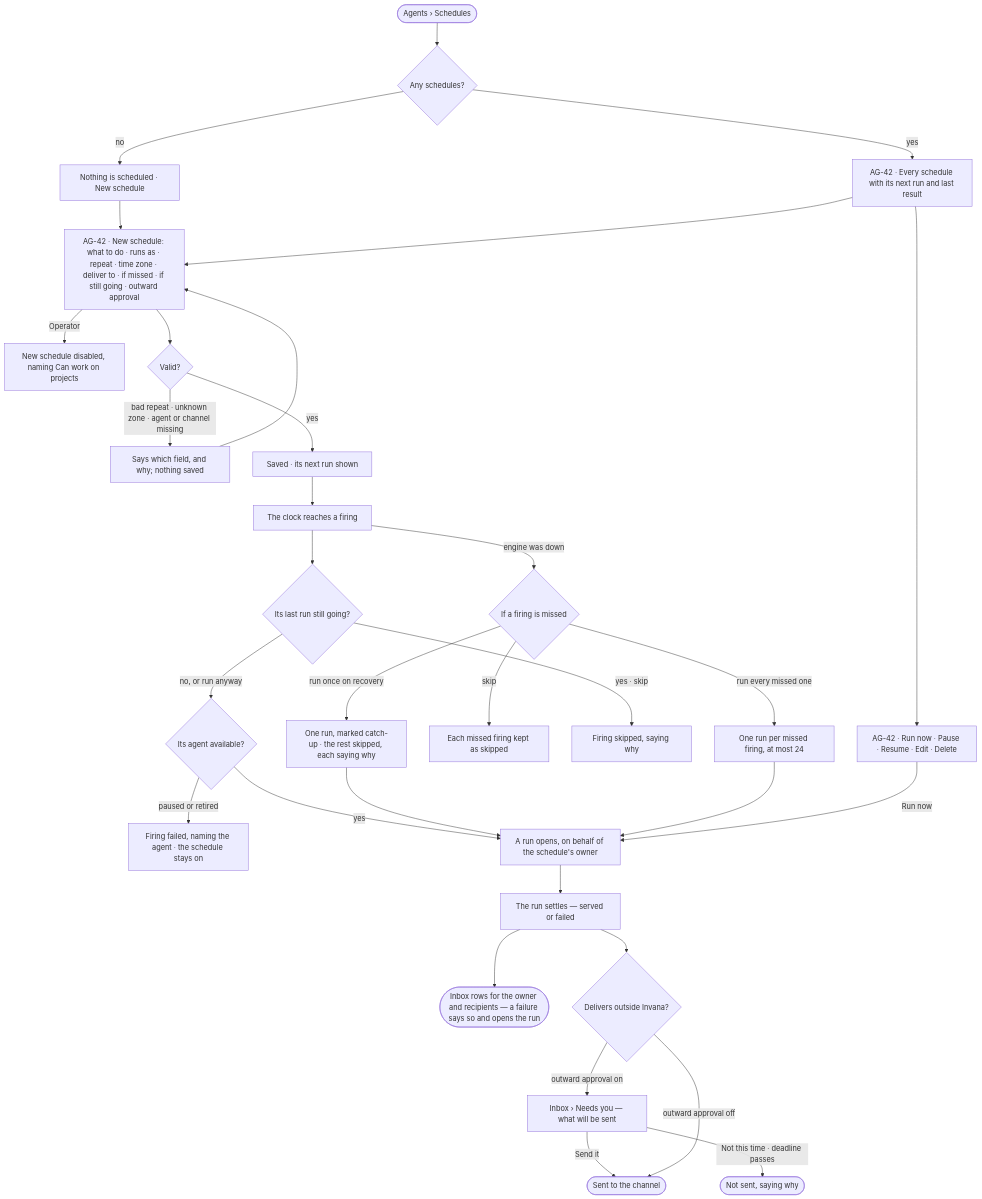
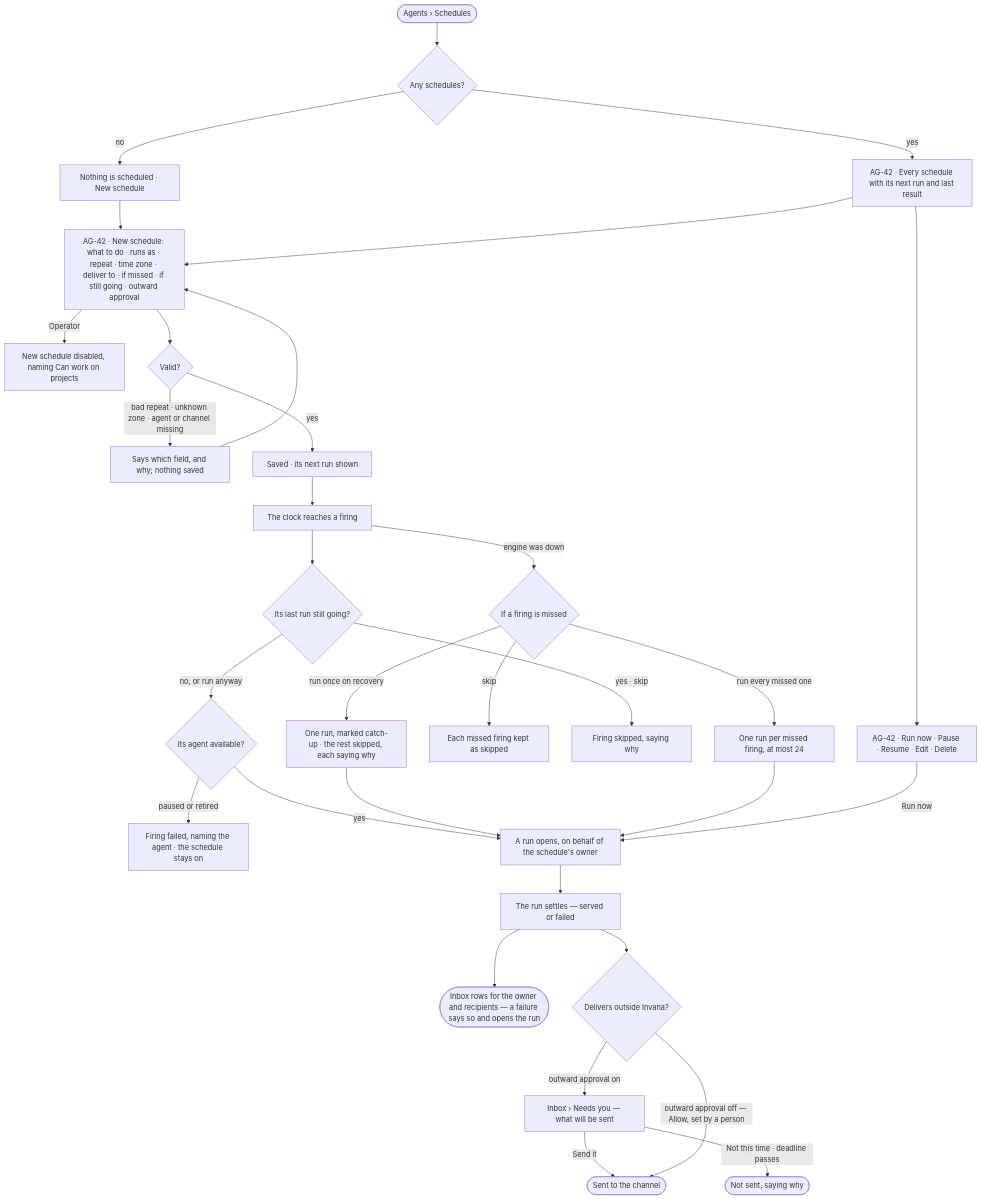
The first of 2 diagrams in specs/products/agents/features/AG-F07-schedules/feature.md (invana/invana), drawn with Mermaid before and after one commit. The commit also changed other lines of this file and 425 other files, not shown here.

````diff
--- a/specs/products/agents/features/AG-F07-schedules/feature.md
+++ b/specs/products/agents/features/AG-F07-schedules/feature.md
@@ -23,33 +23,33 @@
 ```mermaid
 flowchart TD
   s([Agents › Schedules]) --> any{"Any schedules?"}
   any -->|no| empty["Nothing is scheduled · New schedule"]
   any -->|yes| list["AG-42 · Every schedule with its next run and last result"]
   empty --> new
   list --> new["AG-42 · New schedule: what to do · runs as · repeat · time zone · deliver to · if missed · if still going · outward approval"]
   new -->|Operator| na["New schedule disabled, naming Can work on projects"]
   new --> valid{"Valid?"}
   valid -->|bad repeat · unknown zone · agent or channel missing| ref["Says which field, and why; nothing saved"] --> new
   valid -->|yes| saved["Saved · its next run shown"]
   saved --> clock["The clock reaches a firing"]
   clock -->|engine was down| missed{"If a firing is missed"}
   missed -->|run once on recovery| cu["One run, marked catch-up · the rest skipped, each saying why"]
   missed -->|run every missed one| all["One run per missed firing, at most 24"]
   missed -->|skip| sk["Each missed firing kept as skipped"]
   clock --> going{"Its last run still going?"}
   going -->|yes · skip| skipped["Firing skipped, saying why"]
   going -->|no, or run anyway| agent{"Its agent available?"}
   agent -->|paused or retired| failed["Firing failed, naming the agent · the schedule stays on"]
   agent -->|yes| run["A run opens, on behalf of the schedule's owner"]
   cu --> run
   all --> run
   run --> settled["The run settles — served or failed"]
   settled --> inbox(["Inbox rows for the owner and recipients — a failure says so and opens the run"])
   settled --> out{"Delivers outside Invana?"}
   out -->|outward approval on| ask["Inbox › Needs you — what will be sent"]
   ask -->|Send it| sent(["Sent to the channel"])
   ask -->|Not this time · deadline passes| held(["Not sent, saying why"])
-  out -->|outward approval off| sent
+  out -->|outward approval off — Allow, set by a person| sent
   list --> acts["AG-42 · Run now · Pause · Resume · Edit · Delete"]
   acts -->|Run now| run
 ```
````
